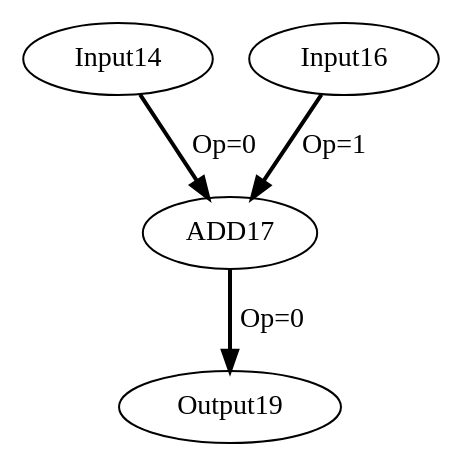
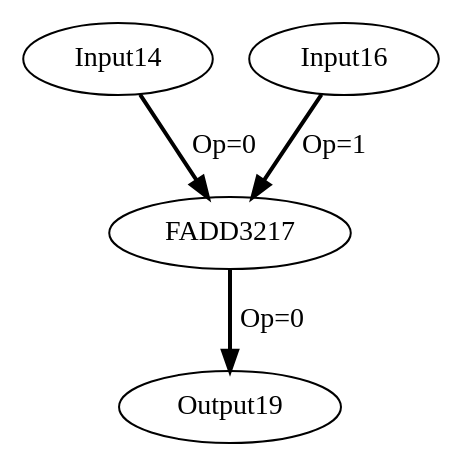
The diagram in experiments/EasyMLIRCall/3_dfgs/forward_kernel_0.dot (MIONkb/cgrv-opt), drawn with Graphviz before and after one commit. The commit also changed 255 other files, not shown here.

```diff
--- a/experiments/EasyMLIRCall/3_dfgs/forward_kernel_0.dot
+++ b/experiments/EasyMLIRCall/3_dfgs/forward_kernel_0.dot
@@ -1,9 +1,9 @@
 Digraph G {
-Input14[opcode=Input, ref_name="arg", size="8", offset="0, 0", pattern="4, 2"];
-Input16[opcode=Input, ref_name="arg1", size="8", offset="0, 0", pattern="4, 2"];
-ADD17[opcode=ADD];
-Output19[opcode=Output, ref_name="arg2", size="8", offset="0, 0", pattern="4, 2"];
-Input14 -> ADD17[operand = 0 ,color = black, style = bold, label = "Op=0"];
-Input16 -> ADD17[operand = 1 ,color = black, style = bold, label = "Op=1"];
-ADD17 -> Output19[operand = 0 ,color = black, style = bold, label = "Op=0"];
+Input14[opcode=Input, ref_name="arg", size="40", offset="0, 0", pattern="4, 10"];
+Input16[opcode=Input, ref_name="arg1", size="40", offset="0, 0", pattern="4, 10"];
+FADD3217[opcode=FADD32];
+Output19[opcode=Output, ref_name="arg2", size="40", offset="0, 0", pattern="4, 10"];
+Input14 -> FADD3217[operand = 0 ,color = black, style = bold, label = "Op=0"];
+Input16 -> FADD3217[operand = 1 ,color = black, style = bold, label = "Op=1"];
+FADD3217 -> Output19[operand = 0 ,color = black, style = bold, label = "Op=0"];
 }
```
